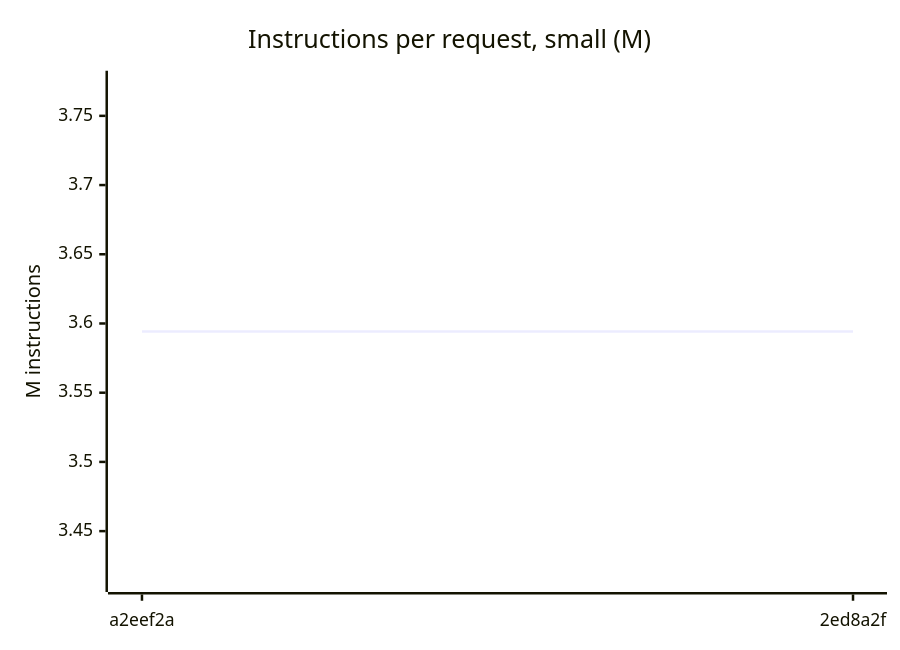
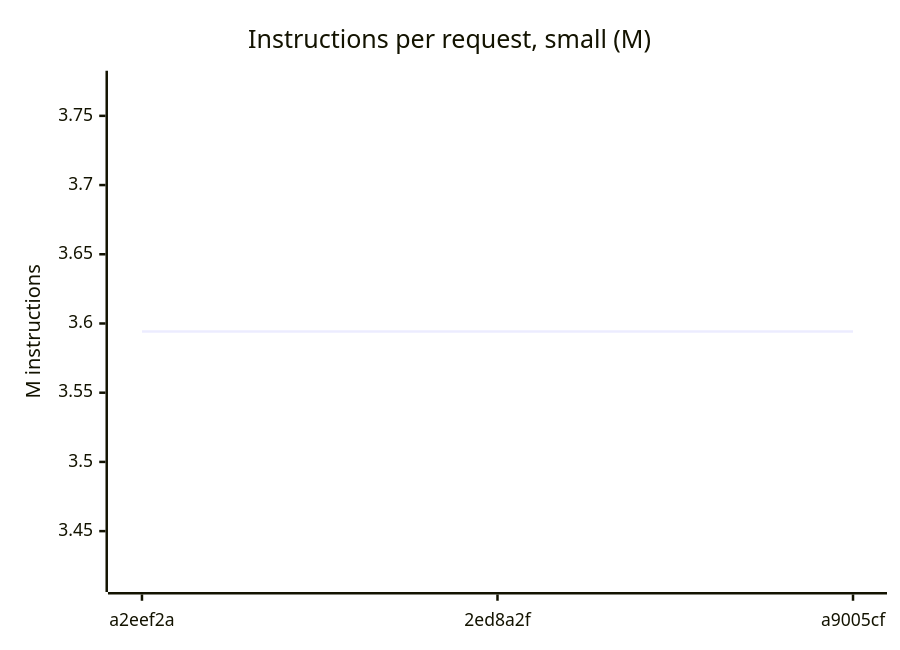
Before and after one commit to Karakatiza666/roc-cloudflare-workers: the first of 7 diagrams in CHART.md, drawn with Mermaid. The commit also changed other lines of this file and 2 other files, not shown here.

````diff
--- a/CHART.md
+++ b/CHART.md
@@ -9,7 +9,7 @@
 ```mermaid
 xychart-beta
     title "Instructions per request, small (M)"
-    x-axis ["a2eef2a", "2ed8a2f"]
+    x-axis ["a2eef2a", "2ed8a2f", "a9005cf"]
     y-axis "M instructions" 3.4146 --> 3.774
-    line [3.5943, 3.5943]
+    line [3.5943, 3.5943, 3.5943]
 ```
````
